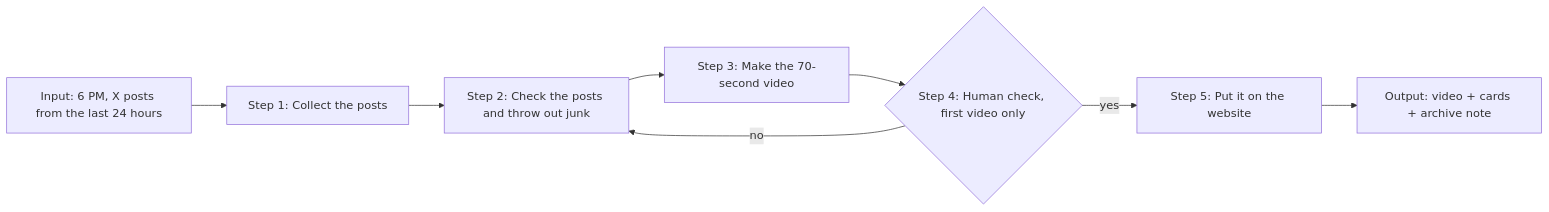
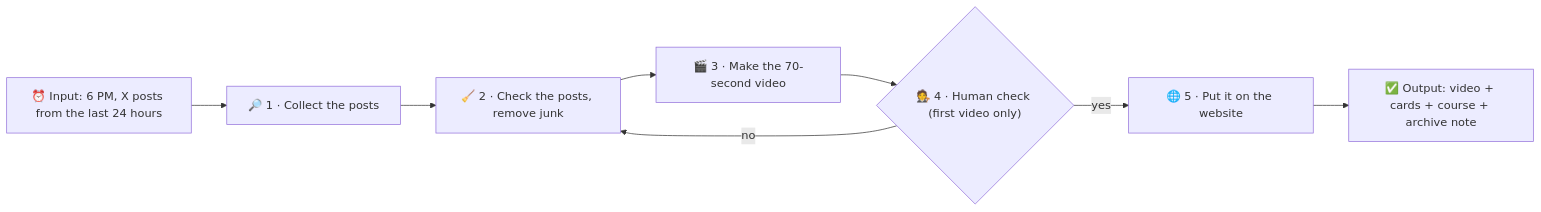
The diagram in vault/project-02/diagram.md (cornishlikeadam/crypto-l2-daily), drawn with Mermaid before and after one commit. The commit also changed other lines of this file and 89 other files, not shown here.

````diff
--- a/vault/project-02/diagram.md
+++ b/vault/project-02/diagram.md
@@ -3,10 +14,10 @@
 ```mermaid
 flowchart LR
-    A[Input: 6 PM, X posts from the last 24 hours] --> B[Step 1: Collect the posts]
-    B --> C[Step 2: Check the posts and throw out junk]
-    C --> D[Step 3: Make the 70-second video]
-    D --> E{Step 4: Human check, first video only}
-    E -->|yes| F[Step 5: Put it on the website]
+    A["⏰ Input: 6 PM, X posts from the last 24 hours"] --> B["🔎 1 · Collect the posts"]
+    B --> C["🧹 2 · Check the posts, remove junk"]
+    C --> D["🎬 3 · Make the 70-second video"]
+    D --> E{"🧑‍⚖️ 4 · Human check (first video only)"}
+    E -->|yes| F["🌐 5 · Put it on the website"]
     E -->|no| C
-    F --> G[Output: video + cards + archive note]
+    F --> G["✅ Output: video + cards + course + archive note"]
 ```
````
